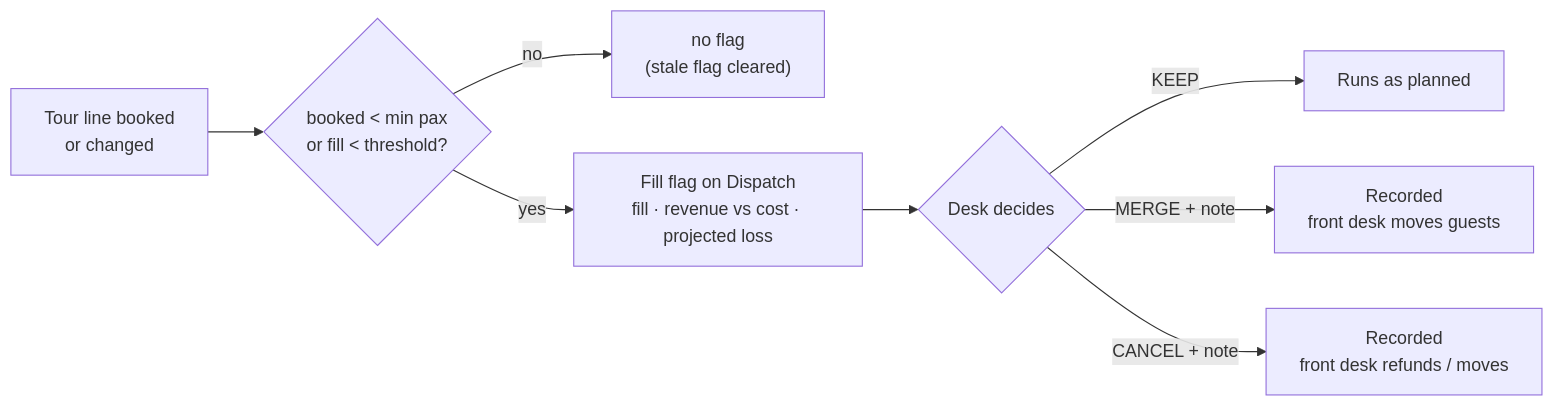
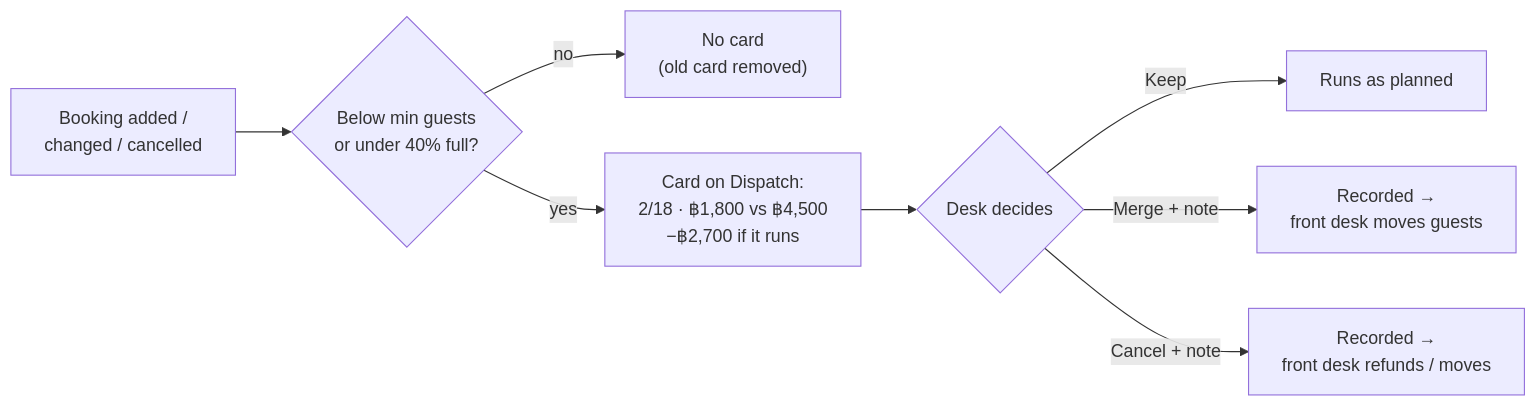
Before and after one commit to LynnT-2003/yoonie-backend: the seventh of 9 diagrams in docs/OPERATING_RULES.md, drawn with Mermaid. The commit also changed other lines of this file, not shown here.

````diff
--- a/docs/OPERATING_RULES.md
+++ b/docs/OPERATING_RULES.md
@@ -335,10 +367,10 @@
 ```mermaid
 flowchart LR
-    BK["Tour line booked<br/>or changed"] --> E{"booked &lt; min pax<br/>or fill &lt; threshold?"}
-    E -->|no| CLR["no flag<br/>(stale flag cleared)"]
-    E -->|yes| F["Fill flag on Dispatch<br/>fill · revenue vs cost · projected loss"]
-    F --> DEC{"Desk decides"}
-    DEC -->|KEEP| K["Runs as planned"]
-    DEC -->|"MERGE + note"| M["Recorded<br/>front desk moves guests"]
-    DEC -->|"CANCEL + note"| C["Recorded<br/>front desk refunds / moves"]
+    BK["Booking added /<br/>changed / cancelled"] --> E{"Below min guests<br/>or under 40% full?"}
+    E -->|no| OK["No card<br/>(old card removed)"]
+    E -->|yes| CARD["Card on Dispatch:<br/>2/18 · ฿1,800 vs ฿4,500<br/>−฿2,700 if it runs"]
+    CARD --> D{"Desk decides"}
+    D -->|Keep| K["Runs as planned"]
+    D -->|Merge + note| M["Recorded →<br/>front desk moves guests"]
+    D -->|Cancel + note| C["Recorded →<br/>front desk refunds / moves"]
 ```
````
